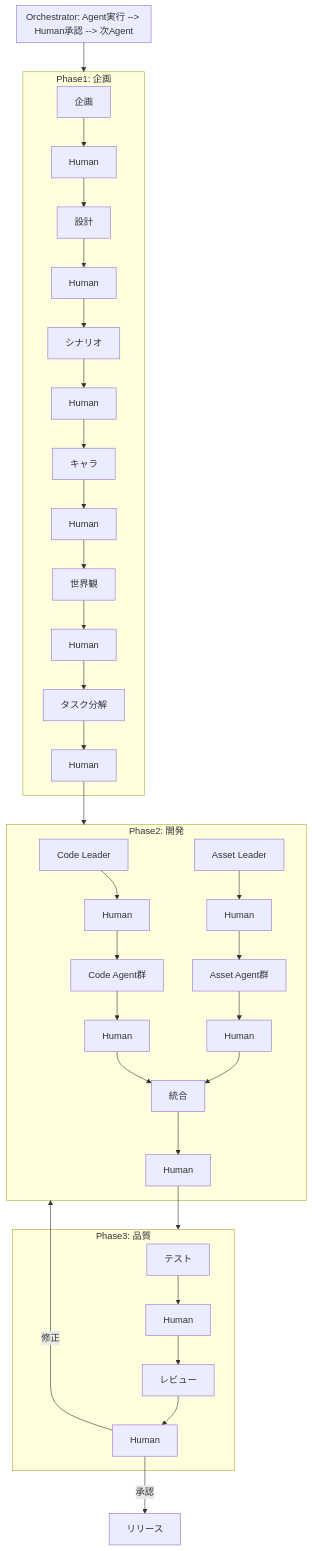
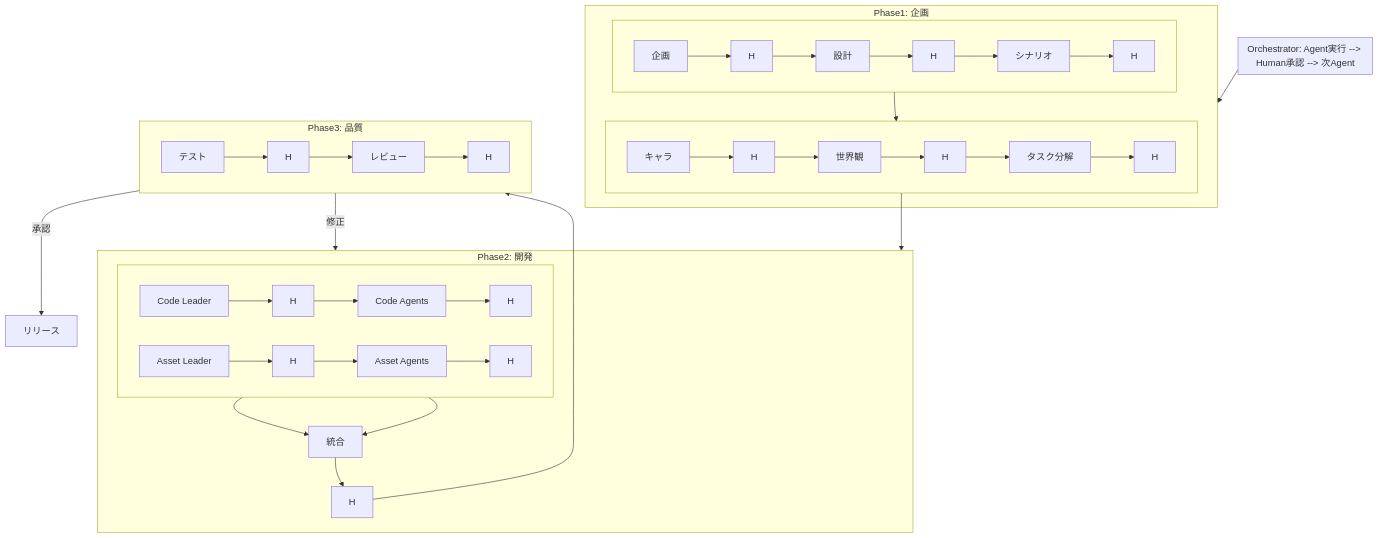
The first of 13 diagrams in langgraph/ARCHITECTURE.md (new-sankaku/toybox), drawn with Mermaid before and after one commit.

Commit message:
Compact Phase1/2/3 layout with horizontal subgraphs and shorter labels

````diff
--- a/langgraph/ARCHITECTURE.md
+++ b/langgraph/ARCHITECTURE.md
@@ -25,31 +25,42 @@
 ```mermaid
 flowchart TB
     subgraph Orch[Orchestrator: Agent実行 --> Human承認 --> 次Agent]
     end
 
     Orch --> Phase1
 
     subgraph Phase1[Phase1: 企画]
-        P1[企画] --> H1[Human] --> P2[設計] --> H2[Human] --> P3[シナリオ] --> H3[Human]
-        H3 --> P4[キャラ] --> H4[Human] --> P5[世界観] --> H5[Human] --> P6[タスク分解] --> H6[Human]
+        subgraph P1a[" "]
+            direction LR
+            P1[企画]-->H1[H]-->P2[設計]-->H2[H]-->P3[シナリオ]-->H3[H]
+        end
+        subgraph P1b[" "]
+            direction LR
+            P4[キャラ]-->H4[H]-->P5[世界観]-->H5[H]-->P6[タスク分解]-->H6[H]
+        end
+        P1a --> P1b
     end
 
     H6 --> Phase2
 
     subgraph Phase2[Phase2: 開発]
-        CL[Code Leader] --> HC1[Human] --> CA[Code Agent群] --> HC2[Human]
-        AL[Asset Leader] --> HA1[Human] --> AA[Asset Agent群] --> HA2[Human]
+        subgraph P2a[" "]
+            direction LR
+            CL[Code Leader]-->HC1[H]-->CA[Code Agents]-->HC2[H]
+            AL[Asset Leader]-->HA1[H]-->AA[Asset Agents]-->HA2[H]
+        end
         HC2 --> Int[統合]
         HA2 --> Int
-        Int --> HI[Human]
+        Int --> HI[H]
     end
 
     HI --> Phase3
 
     subgraph Phase3[Phase3: 品質]
-        T[テスト] --> HT[Human] --> R[レビュー] --> HF[Human]
+        direction LR
+        T[テスト]-->HT[H]-->R[レビュー]-->HF[H]
     end
 
     HF -->|承認| Release[リリース]
     HF -->|修正| Phase2
 ```
````
